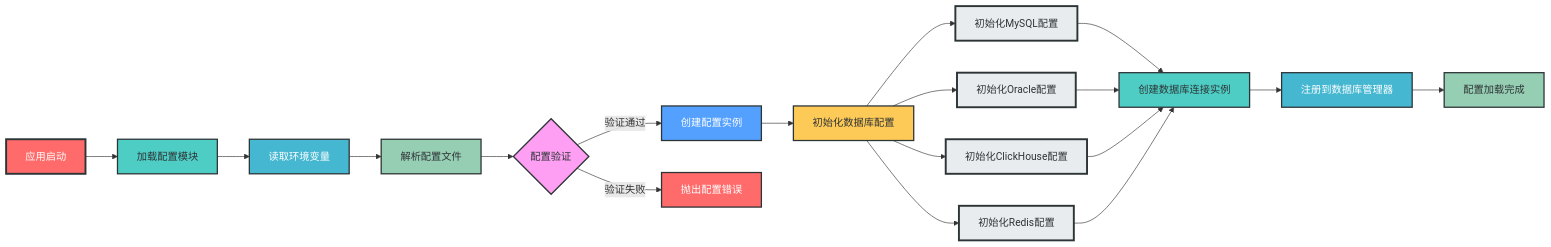
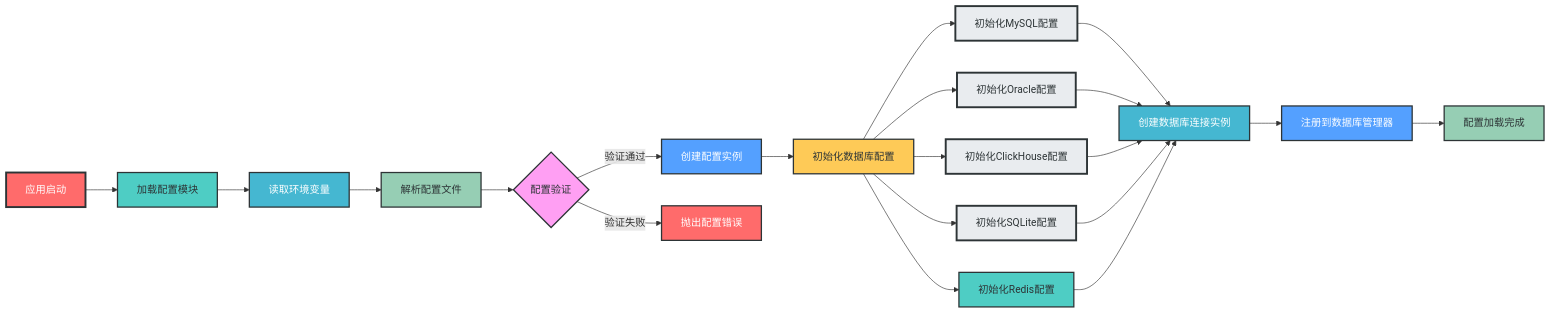
Before and after one commit to amuqiao/FastAPI-MVC: the fifth of 5 diagrams in multi_database_management.md, drawn with Mermaid. The commit also changed other lines of this file, not shown here.

````diff
--- a/multi_database_management.md
+++ b/multi_database_management.md
@@ -992,36 +199,39 @@
 ```mermaid
 flowchart LR
     A[应用启动] --> B[加载配置模块]
     B --> C[读取环境变量]
     C --> D[解析配置文件]
     D --> E{配置验证}
     E -->|验证通过| F[创建配置实例]
     E -->|验证失败| G[抛出配置错误]
     F --> H[初始化数据库配置]
     H --> I[初始化MySQL配置]
     H --> J[初始化Oracle配置]
     H --> K[初始化ClickHouse配置]
-    H --> L[初始化Redis配置]
-    I --> M[创建数据库连接实例]
-    J --> M
-    K --> M
-    L --> M
-    M --> N[注册到数据库管理器]
-    N --> O[配置加载完成]
+    H --> L[初始化SQLite配置]
+    H --> M[初始化Redis配置]
+    I --> N[创建数据库连接实例]
+    J --> N
+    K --> N
+    L --> N
+    M --> N
+    N --> P[注册到数据库管理器]
+    P --> O[配置加载完成]
     
     style A fill:#FF6B6B,stroke:#2D3436,stroke-width:3px,color:white
     style B fill:#4ECDC4,stroke:#2D3436,stroke-width:2px,color:#2D3436
     style C fill:#45B7D1,stroke:#2D3436,stroke-width:2px,color:white
     style D fill:#96CEB4,stroke:#2D3436,stroke-width:2px,color:#2D3436
     style E fill:#FF9FF3,stroke:#2D3436,stroke-width:2px,color:#2D3436
     style F fill:#54A0FF,stroke:#2D3436,stroke-width:2px,color:white
     style G fill:#FF6B6B,stroke:#2D3436,stroke-width:2px,color:white
     style H fill:#FECA57,stroke:#2D3436,stroke-width:2px,color:#2D3436
     style I fill:#E9ECEF,stroke:#2D3436,stroke-width:3px,color:#2D3436
     style J fill:#E9ECEF,stroke:#2D3436,stroke-width:3px,color:#2D3436
     style K fill:#E9ECEF,stroke:#2D3436,stroke-width:3px,color:#2D3436
     style L fill:#E9ECEF,stroke:#2D3436,stroke-width:3px,color:#2D3436
     style M fill:#4ECDC4,stroke:#2D3436,stroke-width:2px,color:#2D3436
     style N fill:#45B7D1,stroke:#2D3436,stroke-width:2px,color:white
+    style P fill:#54A0FF,stroke:#2D3436,stroke-width:2px,color:white
     style O fill:#96CEB4,stroke:#2D3436,stroke-width:2px,color:#2D3436
 ```
````
